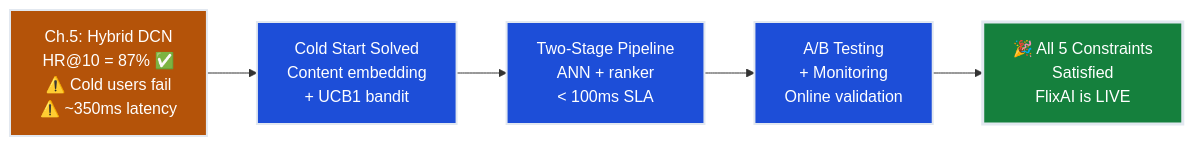
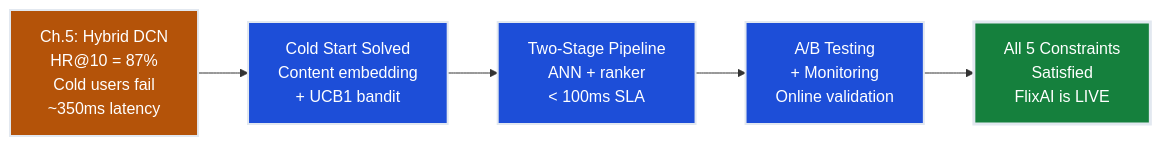
Before and after one commit to dsgouda7/ai-portfolio: the first of 4 diagrams in notes/01-ml/04-recommender-systems/ch06_cold_start_production/README.md, drawn with Mermaid. The commit also changed other lines of this file and 179 other files, not shown here.

````diff
--- a/notes/01-ml/04-recommender-systems/ch06_cold_start_production/README.md
+++ b/notes/01-ml/04-recommender-systems/ch06_cold_start_production/README.md
@@ -42,13 +42,13 @@
 ```mermaid
 flowchart LR
-    HYBRID["Ch.5: Hybrid DCN<br/>HR@10 = 87% ✅<br/>⚠️ Cold users fail<br/>⚠️ ~350ms latency"] --> COLD["Cold Start Solved<br/>Content embedding<br/>+ UCB1 bandit"]
-    COLD --> PIPE["Two-Stage Pipeline<br/>ANN + ranker<br/>< 100ms SLA"]
-    PIPE --> AB["A/B Testing<br/>+ Monitoring<br/>Online validation"]
-    AB --> DONE["🎉 All 5 Constraints<br/>Satisfied<br/>FlixAI is LIVE"]
+ HYBRID["Ch.5: Hybrid DCN<br/>HR@10 = 87% <br/> Cold users fail<br/> ~350ms latency"] --> COLD["Cold Start Solved<br/>Content embedding<br/>+ UCB1 bandit"]
+ COLD --> PIPE["Two-Stage Pipeline<br/>ANN + ranker<br/>< 100ms SLA"]
+ PIPE --> AB["A/B Testing<br/>+ Monitoring<br/>Online validation"]
+ AB --> DONE[" All 5 Constraints<br/>Satisfied<br/>FlixAI is LIVE"]
 
-    style HYBRID fill:#b45309,stroke:#e2e8f0,stroke-width:2px,color:#ffffff
-    style COLD fill:#1d4ed8,stroke:#e2e8f0,stroke-width:2px,color:#ffffff
-    style PIPE fill:#1d4ed8,stroke:#e2e8f0,stroke-width:2px,color:#ffffff
-    style AB fill:#1d4ed8,stroke:#e2e8f0,stroke-width:2px,color:#ffffff
-    style DONE fill:#15803d,stroke:#e2e8f0,stroke-width:3px,color:#ffffff
+ style HYBRID fill:#b45309,stroke:#e2e8f0,stroke-width:2px,color:#ffffff
+ style COLD fill:#1d4ed8,stroke:#e2e8f0,stroke-width:2px,color:#ffffff
+ style PIPE fill:#1d4ed8,stroke:#e2e8f0,stroke-width:2px,color:#ffffff
+ style AB fill:#1d4ed8,stroke:#e2e8f0,stroke-width:2px,color:#ffffff
+ style DONE fill:#15803d,stroke:#e2e8f0,stroke-width:3px,color:#ffffff
 ```
````
